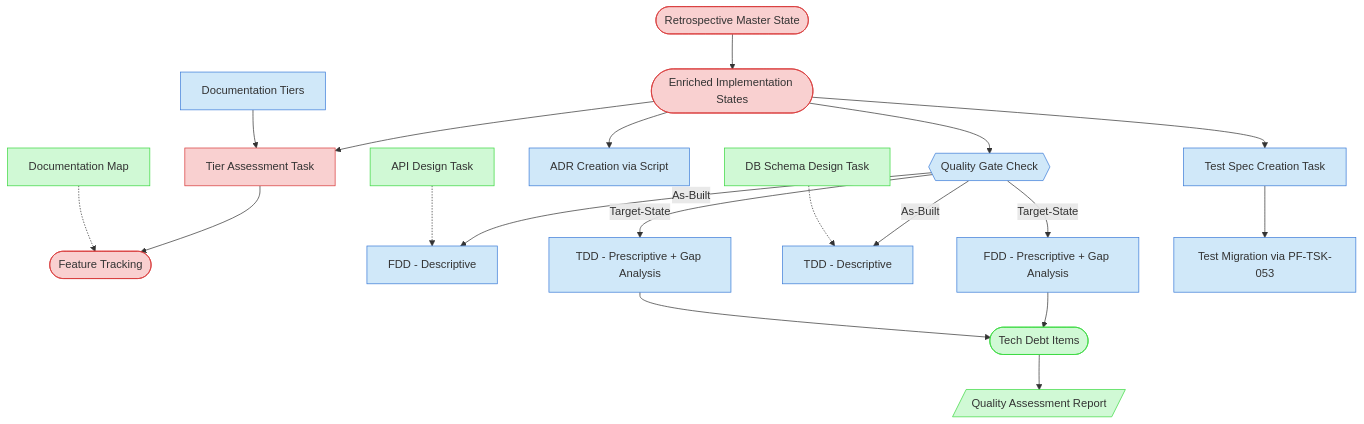
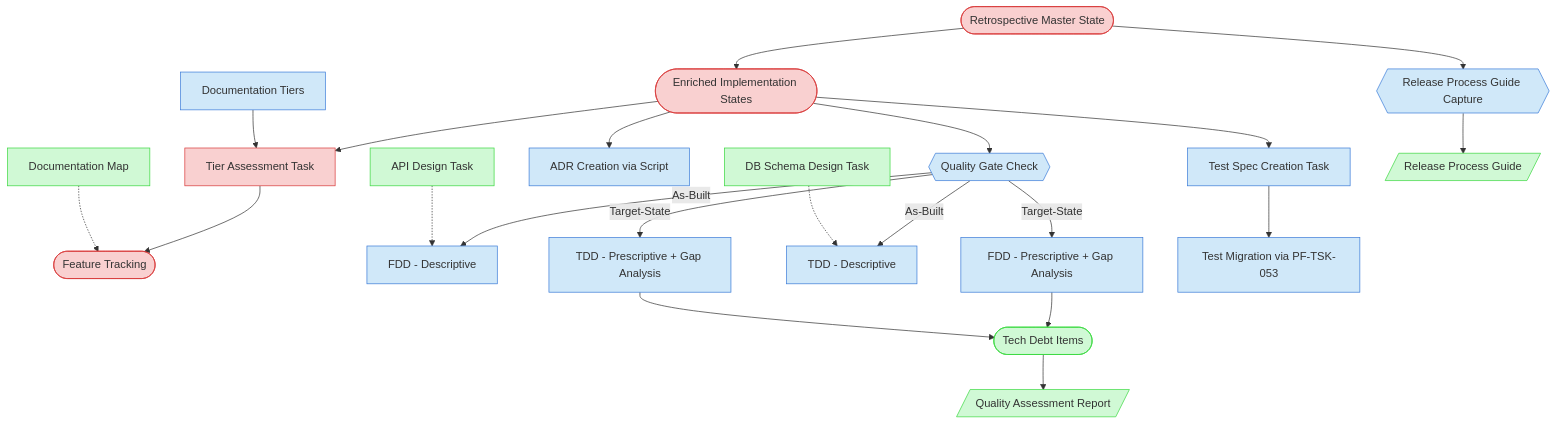
The diagram in process-framework/visualization/context-maps/00-setup/retrospective-documentation-creation-map.md (Abtomation/LinkWatcher), drawn with Mermaid before and after one commit. The commit also changed other lines of this file and 1181 other files, not shown here.

First line of the commit message:
Release v2.1.1: deploy user handbooks with global install (PD-BUG-104), config-schema drift guard, framework state snapshot

````diff
--- a/process-framework/visualization/context-maps/00-setup/retrospective-documentation-creation-map.md
+++ b/process-framework/visualization/context-maps/00-setup/retrospective-documentation-creation-map.md
@@ -19,29 +19,31 @@
 ```mermaid
 graph TD
     classDef critical fill:#f9d0d0,stroke:#d83a3a
     classDef important fill:#d0e8f9,stroke:#3a7bd8
     classDef reference fill:#d0f9d5,stroke:#3ad83f
 
     MasterState([Retrospective Master State]) --> EnrichedStates([Enriched Implementation States])
     EnrichedStates --> TierTask[Tier Assessment Task]
     TierTask --> FeatureTracking([Feature Tracking])
     EnrichedStates --> QualityGate{{Quality Gate Check}}
     QualityGate --> |"As-Built"| FDD_AB[FDD - Descriptive]
     QualityGate --> |"Target-State"| FDD_TS[FDD - Prescriptive + Gap Analysis]
     QualityGate --> |"As-Built"| TDD_AB[TDD - Descriptive]
     QualityGate --> |"Target-State"| TDD_TS[TDD - Prescriptive + Gap Analysis]
     FDD_TS --> TechDebt([Tech Debt Items])
     TDD_TS --> TechDebt
     TechDebt --> QAR[/Quality Assessment Report/]
     EnrichedStates --> TestSpec[Test Spec Creation Task]
     TestSpec --> TestMigration[Test Migration via PF-TSK-053]
     EnrichedStates --> ADR[ADR Creation via Script]
     DocTiers[Documentation Tiers] --> TierTask
     DocMap[Documentation Map] -.-> FeatureTracking
     APITask[API Design Task] -.-> FDD_AB
     DBTask[DB Schema Design Task] -.-> TDD_AB
+    MasterState --> ReleaseCapture{{Release Process Guide Capture}}
+    ReleaseCapture --> ReleaseGuide[/Release Process Guide/]
 
     class MasterState,EnrichedStates,FeatureTracking,TierTask critical
-    class DocTiers,QualityGate,FDD_AB,FDD_TS,TDD_AB,TDD_TS,TestSpec,TestMigration,ADR important
-    class DocMap,APITask,DBTask,TechDebt,QAR reference
+    class DocTiers,QualityGate,FDD_AB,FDD_TS,TDD_AB,TDD_TS,TestSpec,TestMigration,ADR,ReleaseCapture important
+    class DocMap,APITask,DBTask,TechDebt,QAR,ReleaseGuide reference
 ```
````
